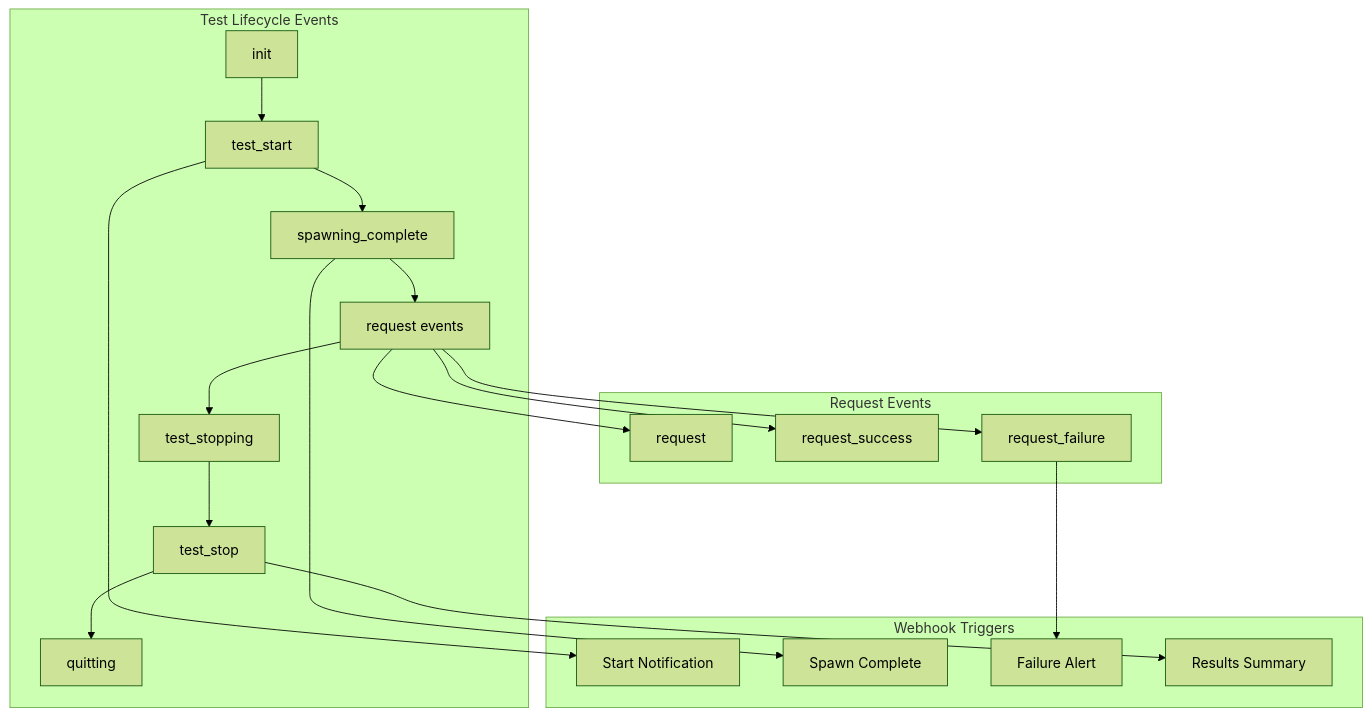
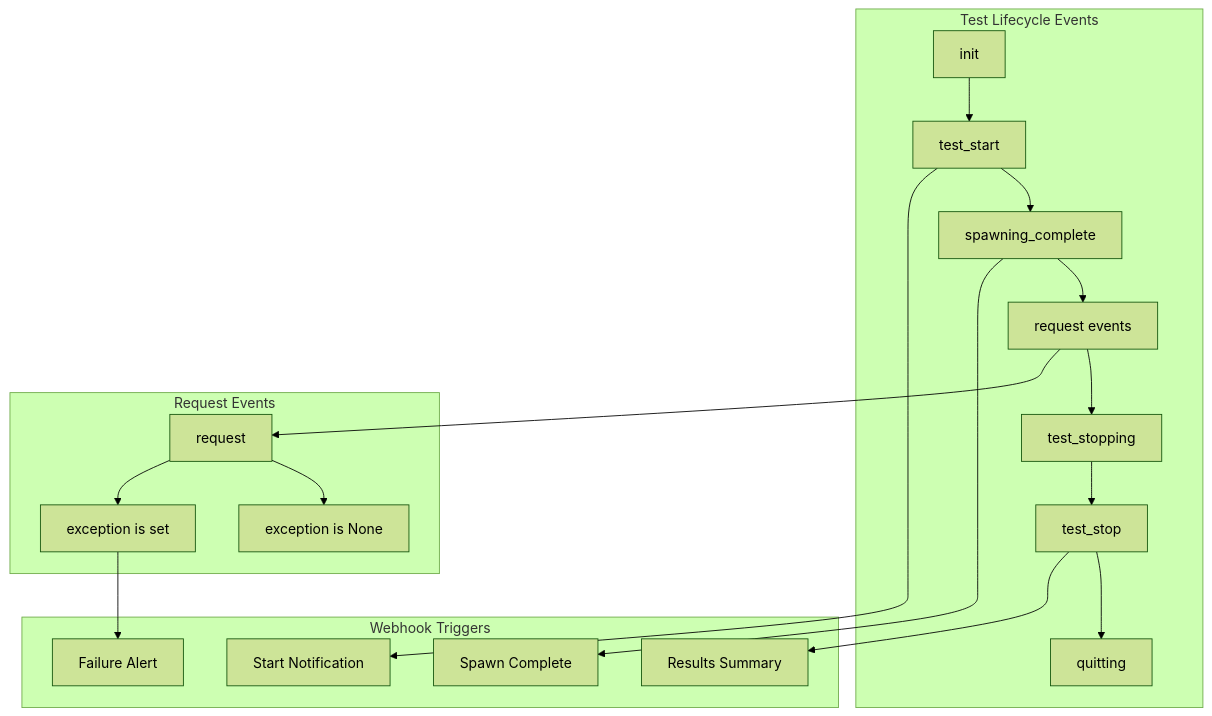
One commit to OneUptime/blog changed the first of 2 diagrams in posts/2026-01-28-locust-web-hooks/README.md. Above: the diagram before and after it, drawn with Mermaid (forest theme). The commit also changed other lines of this file and 2 other files, not shown here.

````diff
--- a/posts/2026-01-28-locust-web-hooks/README.md
+++ b/posts/2026-01-28-locust-web-hooks/README.md
@@ -21,24 +21,24 @@
 ```mermaid
 graph TB
     subgraph Test Lifecycle Events
         A[init] --> B[test_start]
         B --> C[spawning_complete]
         C --> D[request events]
         D --> E[test_stopping]
         E --> F[test_stop]
         F --> G[quitting]
     end
 
     subgraph Request Events
         D --> R1[request]
-        D --> R2[request_success]
-        D --> R3[request_failure]
+        R1 --> R2[exception is None]
+        R1 --> R3[exception is set]
     end
 
     subgraph Webhook Triggers
         B --> W1[Start Notification]
         C --> W2[Spawn Complete]
         R3 --> W3[Failure Alert]
         F --> W4[Results Summary]
     end
 ```
````
